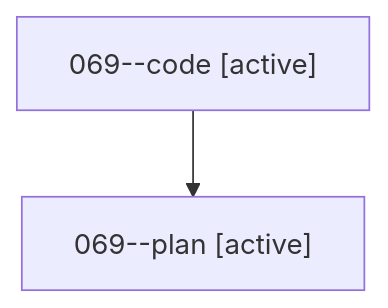
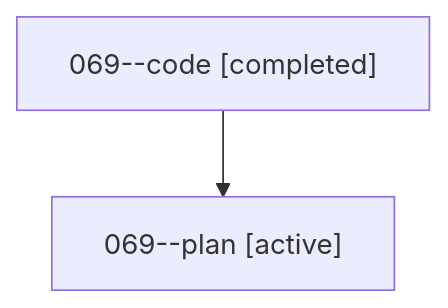
Before and after one commit to sase-org/sase--agents: the diagram in families/bbugyi200.athena.069.md, drawn with Mermaid. The commit also changed other lines of this file and 35830 other files, not shown here.

````diff
--- a/families/bbugyi200.athena.069.md
+++ b/families/bbugyi200.athena.069.md
@@ -9,6 +9,6 @@
 ```mermaid
 flowchart TD
-  n0["069--code [active]"]
+  n0["069--code [completed]"]
   n1["069--plan [active]"]
   n0 --> n1
 ```
````
